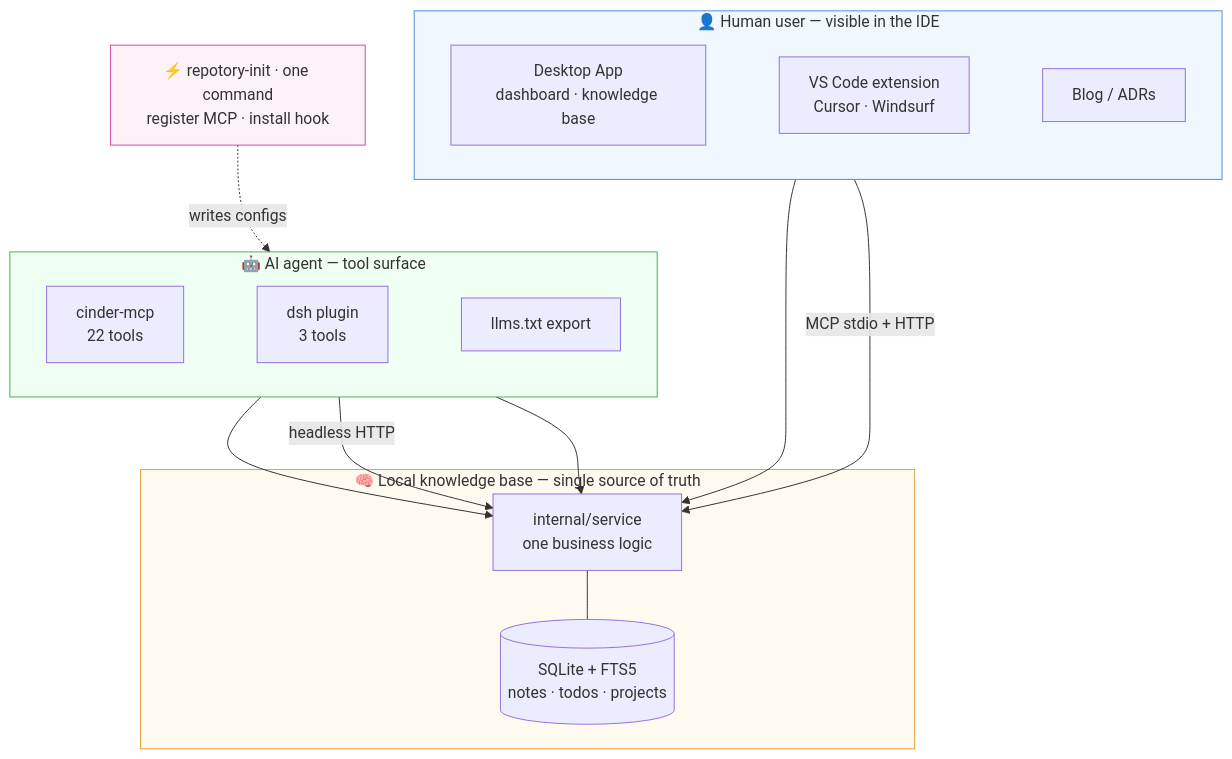
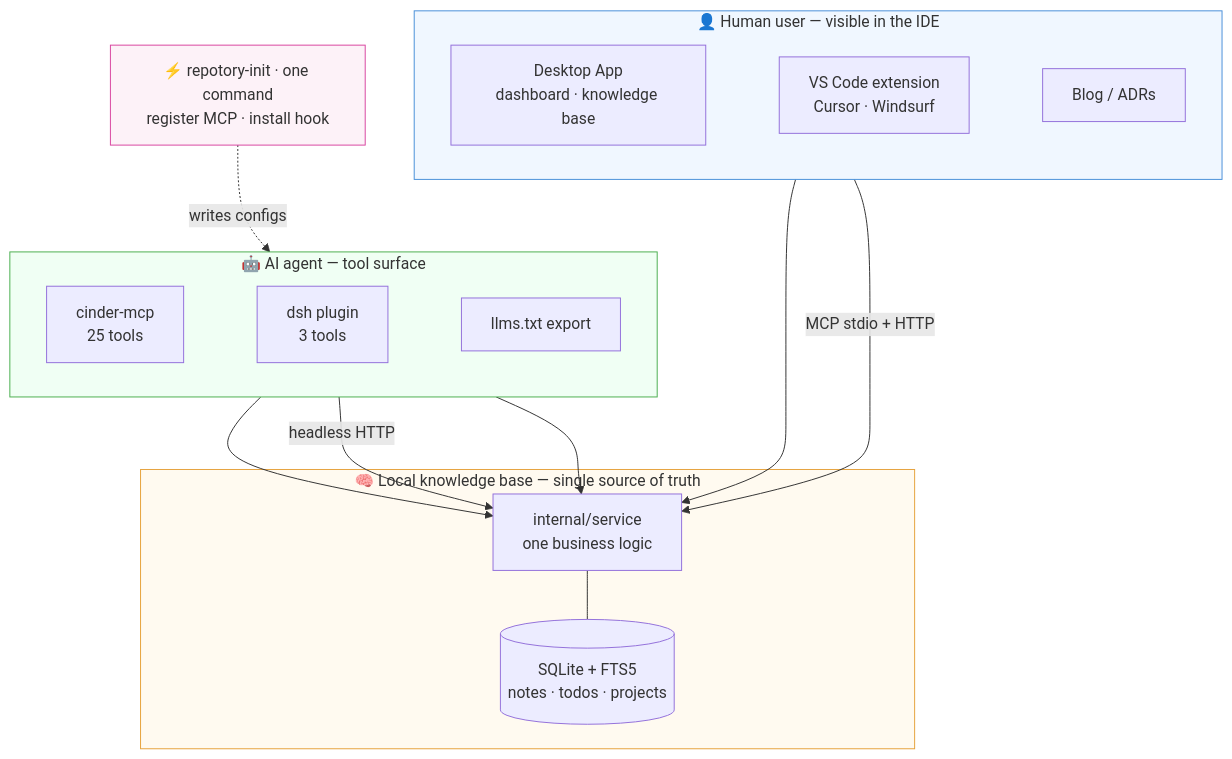
One commit to sky-jiangcheng/cinder changed the third of 3 diagrams in docs/en/index.md. Above: the diagram before and after it, drawn with Mermaid. The commit also changed 83 other files, not shown here.

````diff
--- a/docs/en/index.md
+++ b/docs/en/index.md
@@ -76,37 +76,37 @@
 ```mermaid
 flowchart TB
     subgraph HUMAN["👤 Human user — visible in the IDE"]
         direction LR
         DESKTOP["Desktop App<br/>dashboard · knowledge base"]
         VSCODE["VS Code extension<br/>Cursor · Windsurf"]
         BLOG["Blog / ADRs"]
         DESKTOP ~~~ VSCODE ~~~ BLOG
     end
 
     subgraph AGENT["🤖 AI agent — tool surface"]
         direction LR
-        MCP["cinder-mcp<br/>22 tools"]
+        MCP["cinder-mcp<br/>25 tools"]
         DSH["dsh plugin<br/>3 tools"]
         LLMSTXT["llms.txt export"]
         MCP ~~~ DSH ~~~ LLMSTXT
     end
 
     subgraph CORE["🧠 Local knowledge base — single source of truth"]
         SERVICE["internal/service<br/>one business logic"] --- DB[("SQLite + FTS5<br/>notes · todos · projects")]
     end
 
     HUMAN ~~~ AGENT ~~~ CORE
     DESKTOP --> SERVICE
     VSCODE -->|"MCP stdio + HTTP"| SERVICE
     MCP --> SERVICE
     DSH -->|"headless HTTP"| SERVICE
     LLMSTXT --> SERVICE
 
     INIT["⚡ repotory-init · one command<br/>register MCP · install hook"]
     INIT -.->|"writes configs"| MCP
 
     style HUMAN fill:#f0f7ff,stroke:#4a90d9
     style AGENT fill:#f0fff4,stroke:#4caf50
     style CORE fill:#fffaf0,stroke:#e6a23c
     style INIT fill:#fdf2f8,stroke:#d946a0
 ```
````
